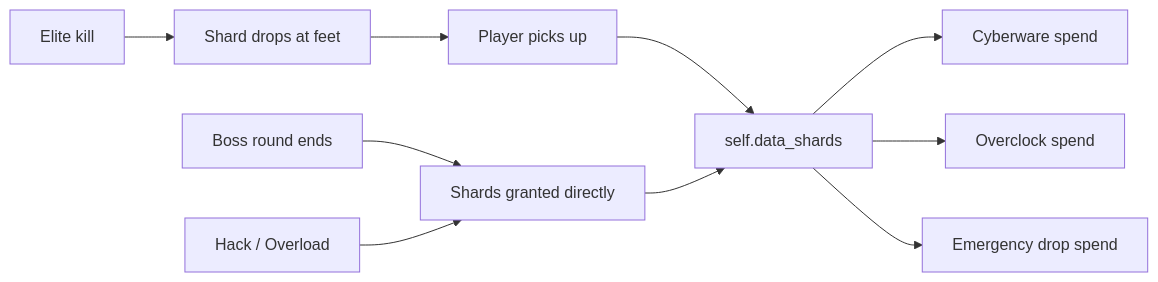
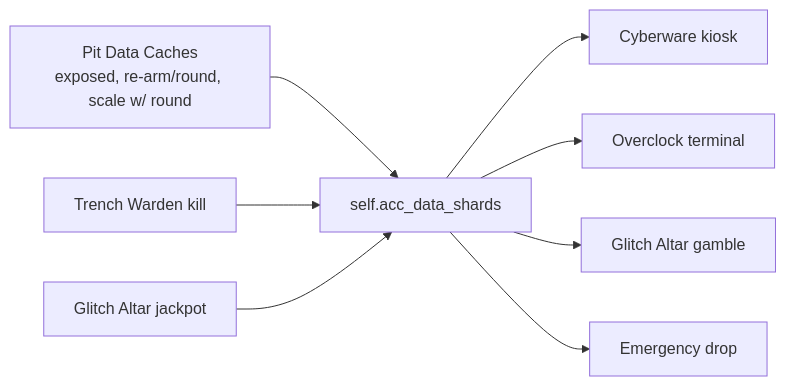
One commit to JordanUrbaezLu/abandoned_cyber_city_zombies changed the second of 4 diagrams in docs/06_mechanics.md. Above: the diagram before and after it, drawn with Mermaid. The commit also changed other lines of this file and 139 other files, not shown here.

````diff
--- a/docs/06_mechanics.md
+++ b/docs/06_mechanics.md
@@ -216,12 +221,10 @@
 ```mermaid
 flowchart LR
-    Elite[Elite kill] --> Drop[Shard drops at feet]
-    Boss[Boss round ends] --> Direct[Shards granted directly]
-    Obj[Hack / Overload] --> Direct
-    Drop --> Pickup[Player picks up]
-    Pickup --> Bank[self.data_shards]
-    Direct --> Bank
-    Bank --> Skill[Cyberware spend]
-    Bank --> OC[Overclock spend]
-    Bank --> Emergency[Emergency drop spend]
+    Pit[Pit Data Caches<br/>exposed, re-arm/round, scale w/ round] --> Bank[self.acc_data_shards]
+    Warden[Trench Warden kill] --> Bank
+    Altar[Glitch Altar jackpot] --> Bank
+    Bank --> Skill[Cyberware kiosk]
+    Bank --> OC[Overclock terminal]
+    Bank --> AltarSpend[Glitch Altar gamble]
+    Bank --> Emergency[Emergency drop]
 ```
````
